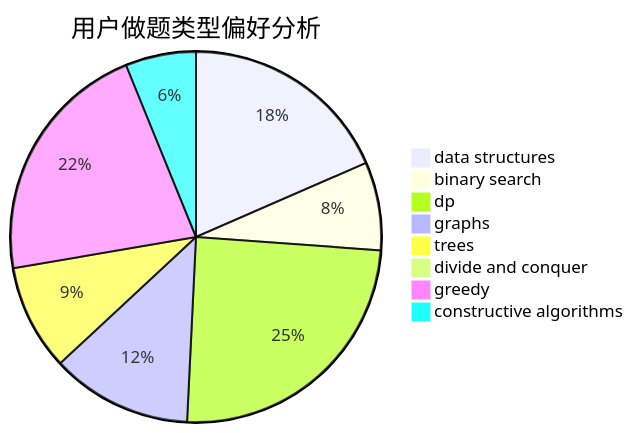
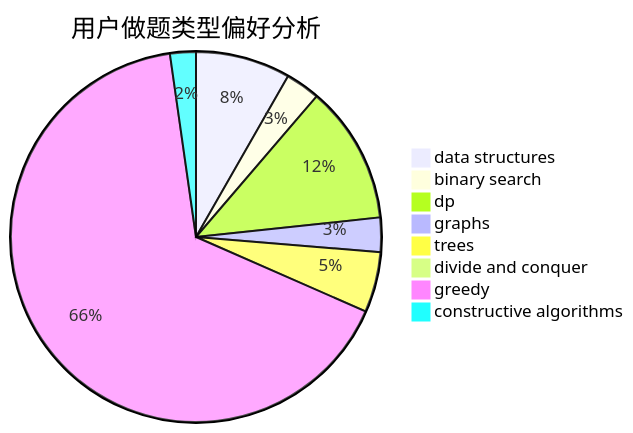
The second of 3 diagrams in docs/user/u2729.md (sherpahu/cfrs.github.io), drawn with Mermaid before and after one commit. The commit also changed other lines of this file and 2770 other files, not shown here.

````diff
--- a/docs/user/u2729.md
+++ b/docs/user/u2729.md
@@ -23,11 +23,11 @@
 ```mermaid
 pie title 用户做题类型偏好分析
-    "data structures" :  12
-    "binary search" :  5
+    "data structures" :  11
+    "binary search" :  4
     "dp" :  16
-    "graphs" :  8
-    "trees" :  6
+    "graphs" :  4
+    "trees" :  7
     "divide and conquer" :  0
-    "greedy" :  14
-    "constructive algorithms" :  4
+    "greedy" :  88
+    "constructive algorithms" :  3
 ```
````
